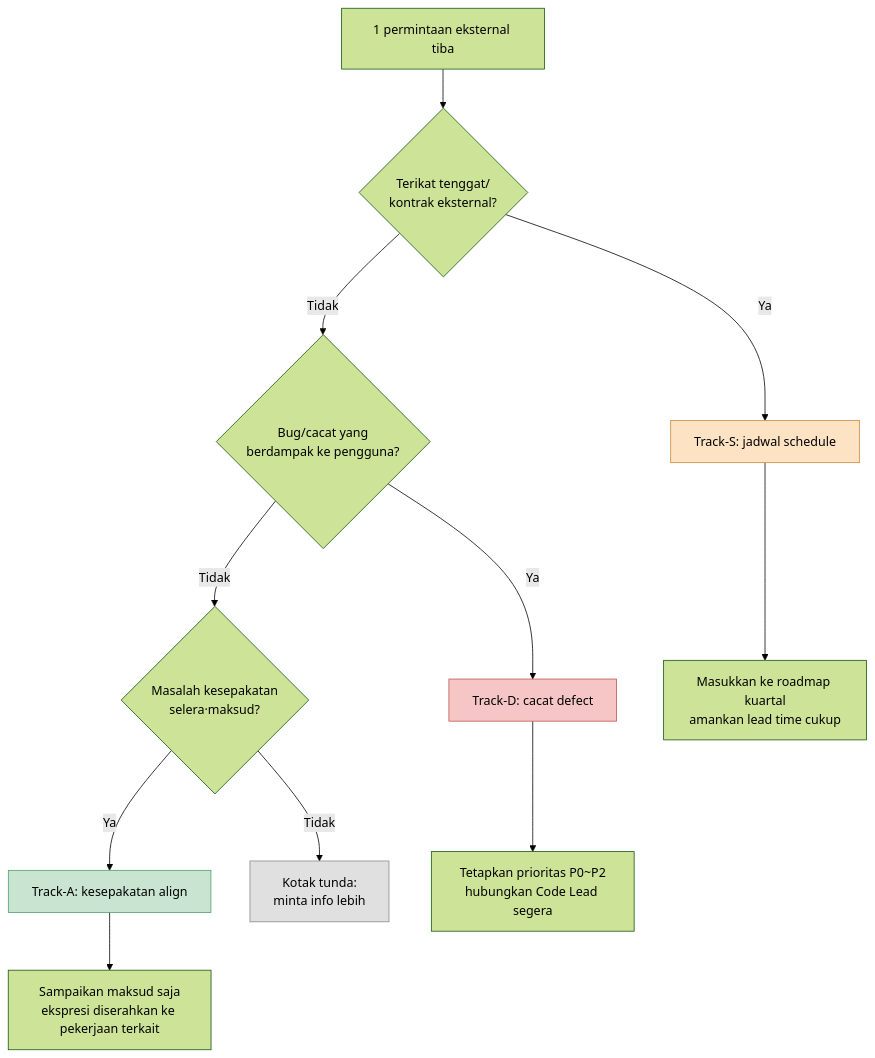
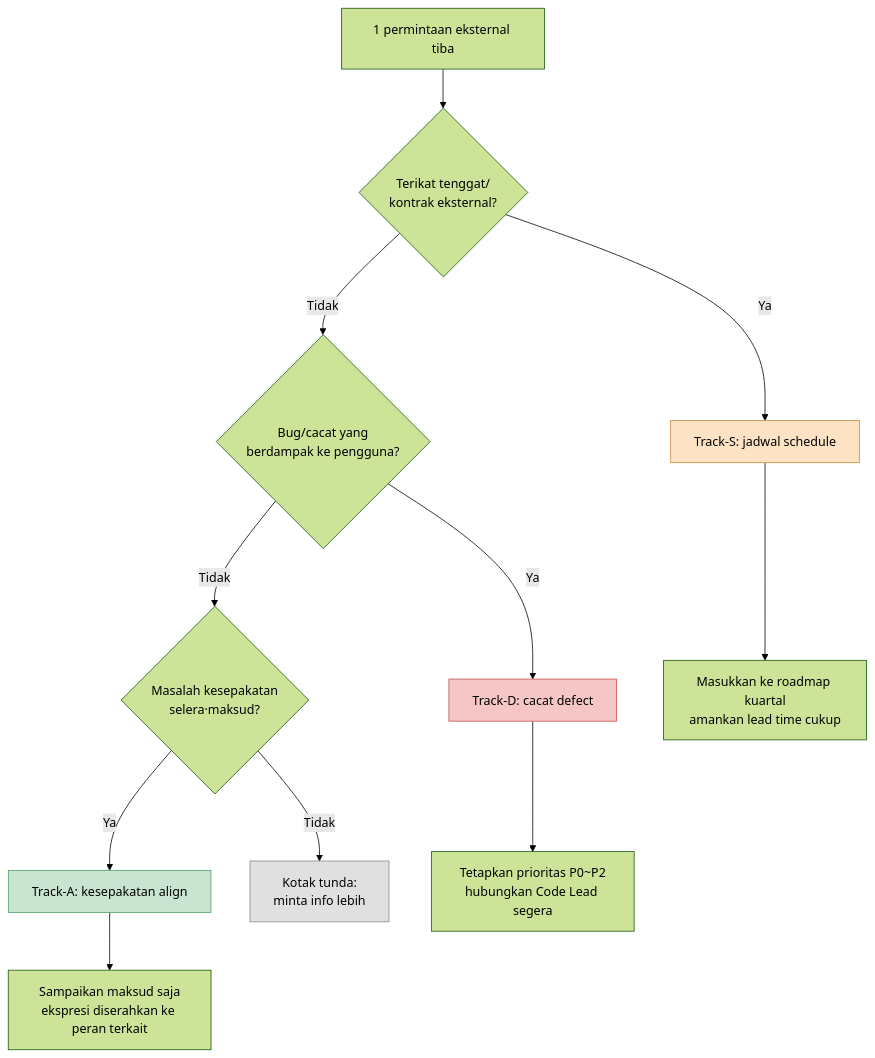
One commit to eremes81/game-design-ai-practice-id changed the diagram in manuscript/part16-communicator/chapter-2-cross-job-collaboration.md. Above: the diagram before and after it, drawn with Mermaid (forest theme). The commit also changed other lines of this file and 63 other files, not shown here.

````diff
--- a/manuscript/part16-communicator/chapter-2-cross-job-collaboration.md
+++ b/manuscript/part16-communicator/chapter-2-cross-job-collaboration.md
@@ -82,19 +82,19 @@
 ```mermaid
 flowchart TD
     A[1 permintaan eksternal tiba] --> B{Terikat tenggat/<br/>kontrak eksternal?}
     B -- Ya --> S[Track-S: jadwal schedule]
     B -- Tidak --> C{Bug/cacat yang<br/>berdampak ke pengguna?}
     C -- Ya --> D[Track-D: cacat defect]
     C -- Tidak --> E{Masalah kesepakatan<br/>selera·maksud?}
     E -- Ya --> F[Track-A: kesepakatan align]
     E -- Tidak --> G[Kotak tunda:<br/>minta info lebih]
 
     S --> S1[Masukkan ke roadmap kuartal<br/>amankan lead time cukup]
     D --> D1[Tetapkan prioritas P0~P2<br/>hubungkan Code Lead segera]
-    F --> F1[Sampaikan maksud saja<br/>ekspresi diserahkan ke pekerjaan terkait]
+    F --> F1[Sampaikan maksud saja<br/>ekspresi diserahkan ke peran terkait]
 
     style S fill:#fde2c4,stroke:#c98a3a
     style D fill:#f6c6c6,stroke:#c25151
     style F fill:#c9e4d0,stroke:#4f9d6a
     style G fill:#e0e0e0,stroke:#888
 ```
````
